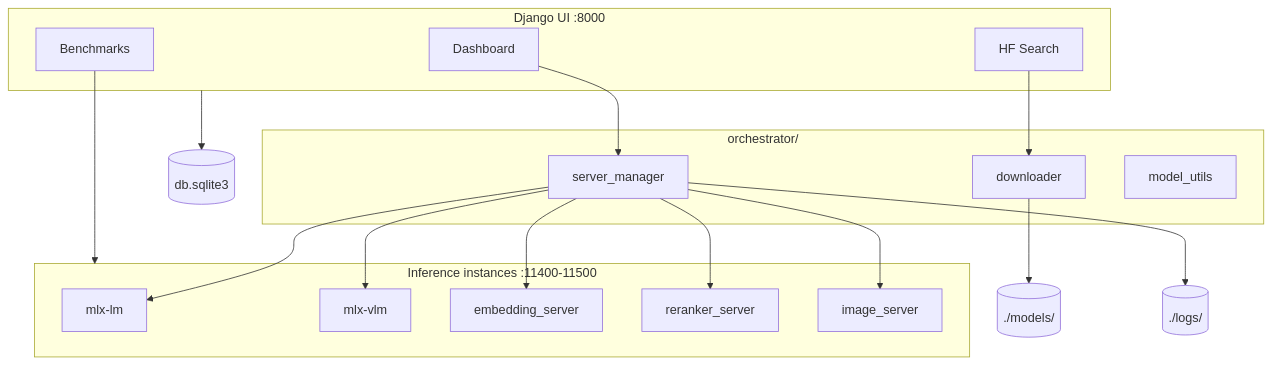
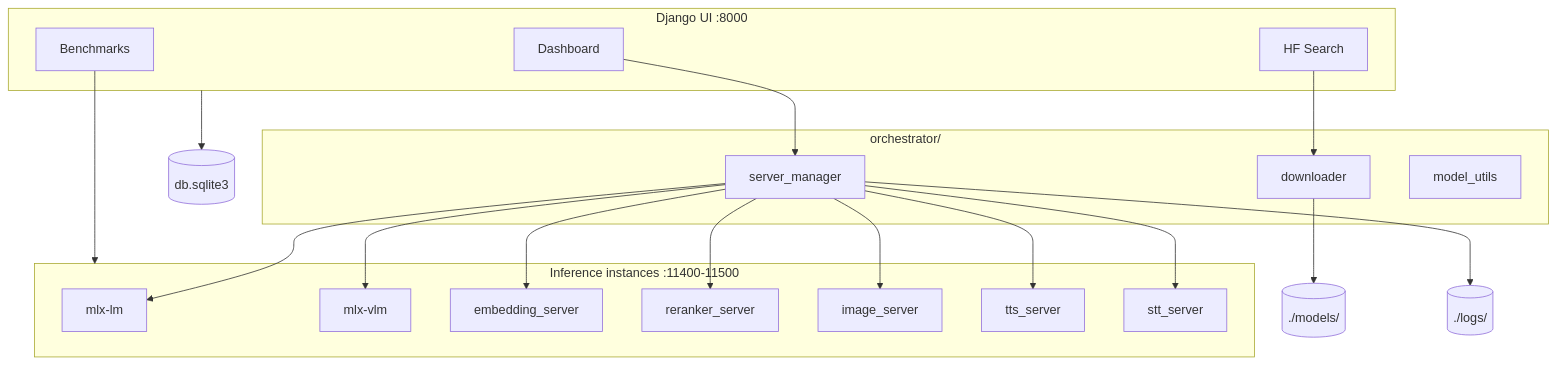
Before and after one commit to assiadialeb/nadir-mlx: the diagram in README.md, drawn with Mermaid. The commit also changed other lines of this file and 21 other files, not shown here.

First line of the commit message:
feat: add TTS and STT support to MLX Server

````diff
--- a/README.md
+++ b/README.md
@@ -68,34 +70,36 @@
 ```mermaid
 flowchart TB
     subgraph UI["Django UI :8000"]
         Dashboard[Dashboard]
         Search[HF Search]
         Benchmark[Benchmarks]
     end
 
     subgraph Orchestrator["orchestrator/"]
         SM[server_manager]
         DL[downloader]
         MU[model_utils]
     end
 
     subgraph Instances["Inference instances :11400-11500"]
         TEXT[mlx-lm]
         VLM[mlx-vlm]
         EMB[embedding_server]
         RR[reranker_server]
         IMG[image_server]
+        TTS[tts_server]
+        STT[stt_server]
     end
 
     Models[(./models/)]
     Logs[(./logs/)]
     DB[(db.sqlite3)]
 
     Dashboard --> SM
     Search --> DL
     DL --> Models
-    SM --> TEXT & VLM & EMB & RR & IMG
+    SM --> TEXT & VLM & EMB & RR & IMG & TTS & STT
     SM --> Logs
     UI --> DB
     Benchmark --> Instances
 ```
````
